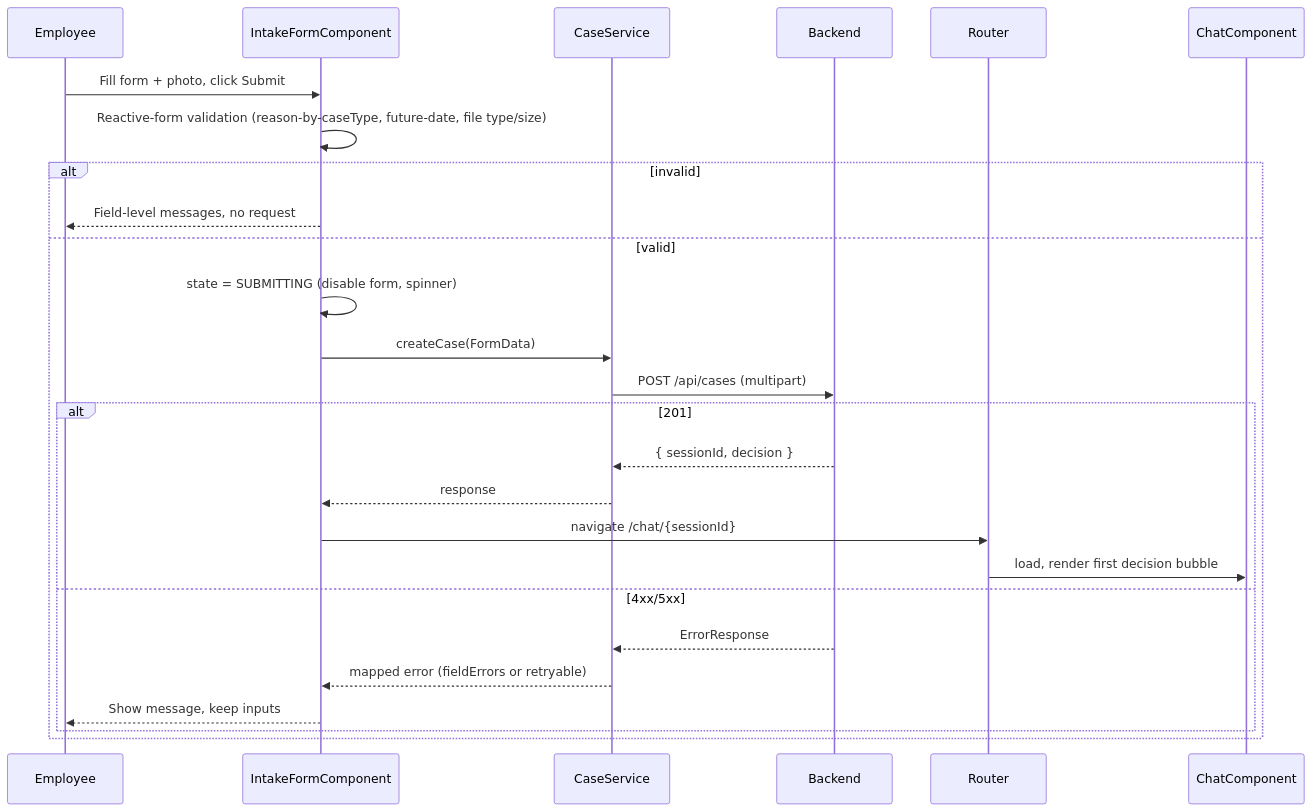
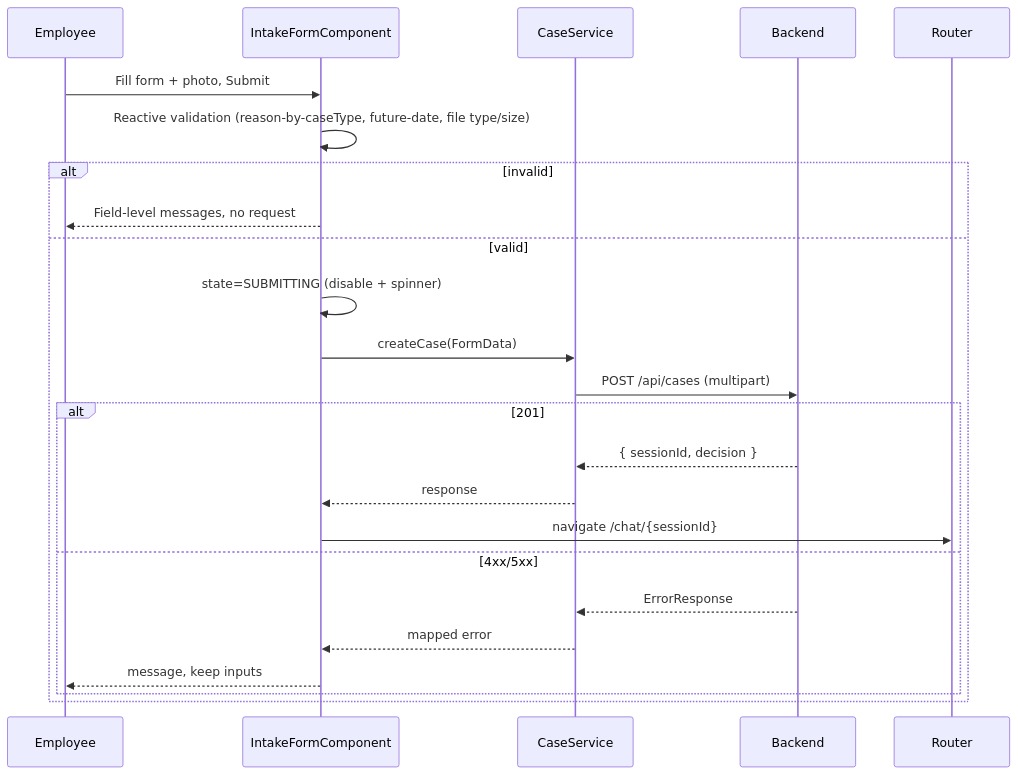
The second of 3 diagrams in docs/ADR/002-frontend-angular.md (marcinws/AI-Programming-Course-NBP-22-06-2026), drawn with Mermaid before and after one commit. The commit also changed other lines of this file and 5 other files, not shown here.

````diff
--- a/docs/ADR/002-frontend-angular.md
+++ b/docs/ADR/002-frontend-angular.md
@@ -115,28 +126,26 @@
 ```mermaid
 sequenceDiagram
     participant U as Employee
     participant F as IntakeFormComponent
     participant S as CaseService
     participant API as Backend
     participant R as Router
-    participant C as ChatComponent
-    U->>F: Fill form + photo, click Submit
-    F->>F: Reactive-form validation (reason-by-caseType, future-date, file type/size)
+    U->>F: Fill form + photo, Submit
+    F->>F: Reactive validation (reason-by-caseType, future-date, file type/size)
     alt invalid
         F-->>U: Field-level messages, no request
     else valid
-        F->>F: state = SUBMITTING (disable form, spinner)
+        F->>F: state=SUBMITTING (disable + spinner)
         F->>S: createCase(FormData)
         S->>API: POST /api/cases (multipart)
         alt 201
             API-->>S: { sessionId, decision }
             S-->>F: response
             F->>R: navigate /chat/{sessionId}
-            R->>C: load, render first decision bubble
         else 4xx/5xx
             API-->>S: ErrorResponse
-            S-->>F: mapped error (fieldErrors or retryable)
-            F-->>U: Show message, keep inputs
+            S-->>F: mapped error
+            F-->>U: message, keep inputs
         end
     end
 ```
````
